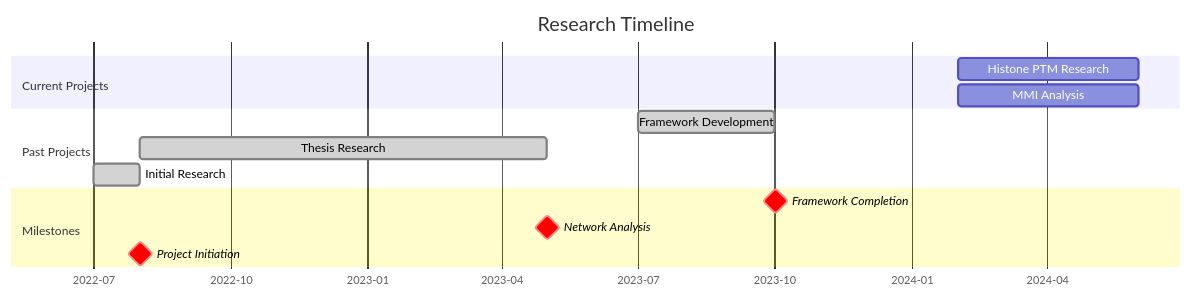
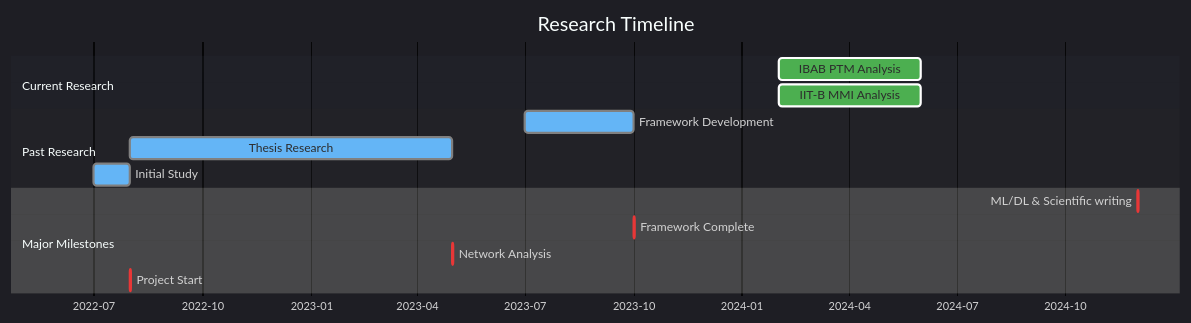
The third of 3 diagrams in README.md (dhana56/dhana56), drawn with Mermaid before and after one commit. The commit also changed other lines of this file, not shown here.

Commit message:
Revise research timeline in README.md to update project sections and enhance clarity

````diff
--- a/README.md
+++ b/README.md
@@ -206,20 +206,34 @@
 ```mermaid
+%%{init: {
+    'theme': 'dark',
+    'themeVariables': {
+        'primaryColor': '#FF0000',
+        'textColor': '#FFFFFF',
+        'sectionBkgColor': '#2A2E37',
+        'taskBkgColor': '#41465D',
+        'activeTaskBkgColor': '#4CAF50',
+        'doneTaskBkgColor': '#64B5F6',
+        'critBkgColor': '#FF4081',
+        'gridColor': '#444444'
+    }
+}}%%
 gantt
     title Research Timeline
     dateFormat YYYY-MM
     axisFormat %Y-%m
-
-    section Current Projects
-    Histone PTM Research    :ptm, 2024-02, 2024-06
-    MMI Analysis           :mmi, 2024-02, 2024-06
-
-    section Past Projects
-    Framework Development  :done, 2023-07, 2023-10
-    Thesis Research       :done, 2022-08, 2023-05
-    Initial Research      :done, 2022-07, 2022-08
-
-    section Milestones
-    Framework Completion  :crit, milestone, 2023-10, 1d
-    Network Analysis     :crit, milestone, 2023-05, 1d
-    Project Initiation   :crit, milestone, 2022-08, 1d
+    
+    section Current Research
+    IBAB PTM Analysis    :active, ptm, 2024-02, 2024-06
+    IIT-B MMI Analysis   :active, mmi, 2024-02, 2024-06
+    
+    section Past Research
+    Framework Development:done, fw, 2023-07, 2023-10
+    Thesis Research      :done, th, 2022-08, 2023-05
+    Initial Study        :done, in, 2022-07, 2022-08
+    
+    section Major Milestones
+    ML/DL & Scientific writing  :crit, m1, 2024-12, 1d
+    Framework Complete   :crit, m2, 2023-10, 1d
+    Network Analysis    :crit, m3, 2023-05, 1d
+    Project Start      :crit, m4, 2022-08, 1d
 ```
````
